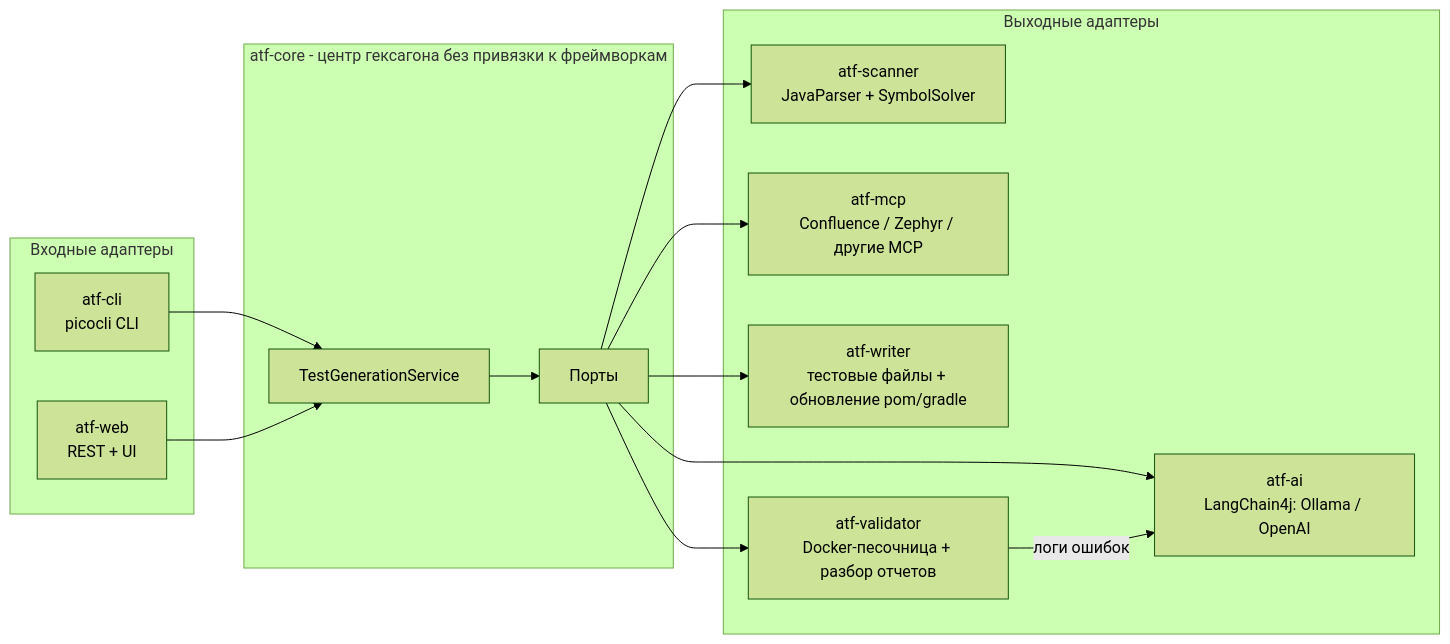
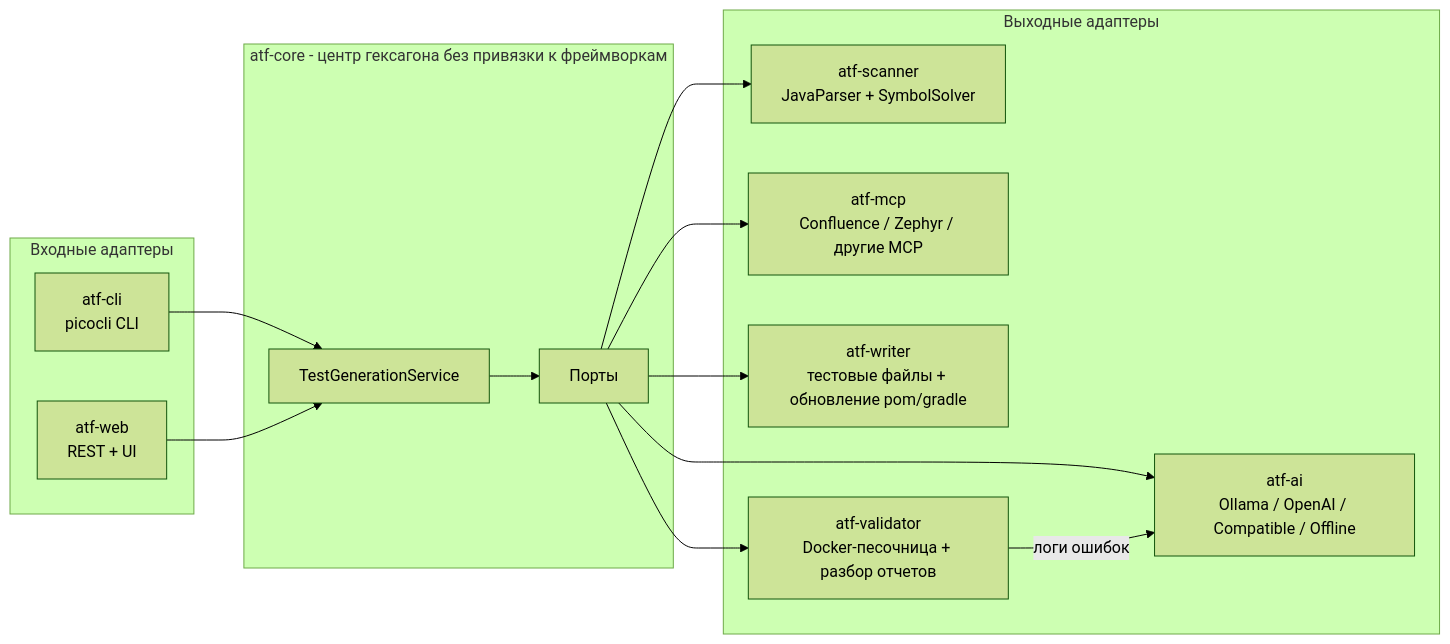
The diagram in README.md (Shchepetkov/AutoTestForge), drawn with Mermaid (forest theme) before and after one commit. The commit also changed other lines of this file and 31 other files, not shown here.

````diff
--- a/README.md
+++ b/README.md
@@ -14,27 +14,27 @@
 ```mermaid
 flowchart LR
     subgraph driving [Входные адаптеры]
         CLI[atf-cli<br>picocli CLI]
         WEB[atf-web<br>REST + UI]
     end
     subgraph core [atf-core - центр гексагона без привязки к фреймворкам]
         UC[TestGenerationService]
         PORTS[Порты]
     end
     subgraph driven [Выходные адаптеры]
         SCAN[atf-scanner<br>JavaParser + SymbolSolver]
         MCP[atf-mcp<br>Confluence / Zephyr / другие MCP]
-        AI[atf-ai<br>LangChain4j: Ollama / OpenAI]
+        AI[atf-ai<br>Ollama / OpenAI / Compatible / Offline]
         WRITE[atf-writer<br>тестовые файлы + обновление pom/gradle]
         VAL[atf-validator<br>Docker-песочница + разбор отчетов]
     end
     CLI --> UC
     WEB --> UC
     UC --> PORTS
     PORTS --> SCAN
     PORTS --> MCP
     PORTS --> AI
     PORTS --> WRITE
     PORTS --> VAL
     VAL -->|логи ошибок| AI
 ```
````
